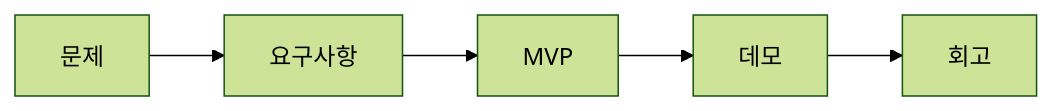
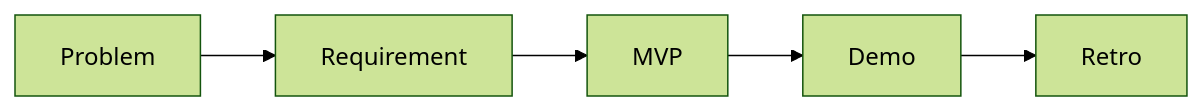
Before and after one commit to yeongseon-books/book-content: the diagram in content/capstone-project-101/ko/01-what-is-capstone.md, drawn with Mermaid (forest theme). The commit also changed other lines of this file and 9 other files, not shown here.

````diff
--- a/content/capstone-project-101/ko/01-what-is-capstone.md
+++ b/content/capstone-project-101/ko/01-what-is-capstone.md
@@ -53,7 +53,7 @@
 ```mermaid
 flowchart LR
-    P[문제] --> R[요구사항]
+    P[Problem] --> R[Requirement]
     R --> M[MVP]
-    M --> D[데모]
-    D --> X[회고]
+    M --> D[Demo]
+    D --> X[Retro]
 ```
````
